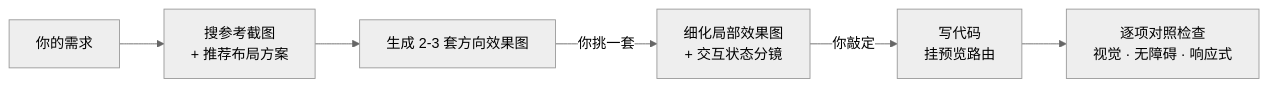
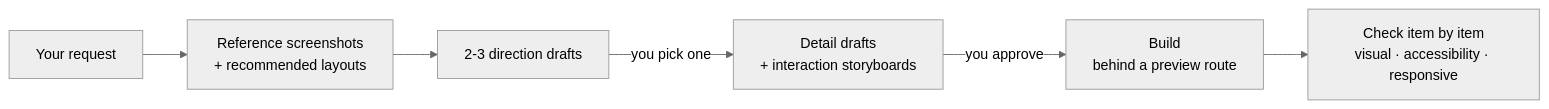
One commit to WithZeng/design-skills changed the diagram in README.md. Above: the diagram before and after it, drawn with Mermaid (neutral theme). The commit also changed other lines of this file and 1 other file, not shown here.

````diff
--- a/README.md
+++ b/README.md
@@ -24,8 +26,8 @@
 ```mermaid
 flowchart LR
-  A[你的需求] --> B[搜参考截图<br/>+ 推荐布局方案]
-  B --> C[生成 2-3 套方向效果图]
-  C -->|你挑一套| D[细化局部效果图<br/>+ 交互状态分镜]
-  D -->|你敲定| E[写代码<br/>挂预览路由]
-  E --> F[逐项对照检查<br/>视觉 · 无障碍 · 响应式]
+  A[Your request] --> B[Reference screenshots<br/>+ recommended layouts]
+  B --> C[2-3 direction drafts]
+  C -->|you pick one| D[Detail drafts<br/>+ interaction storyboards]
+  D -->|you approve| E[Build<br/>behind a preview route]
+  E --> F[Check item by item<br/>visual · accessibility · responsive]
 ```
````
